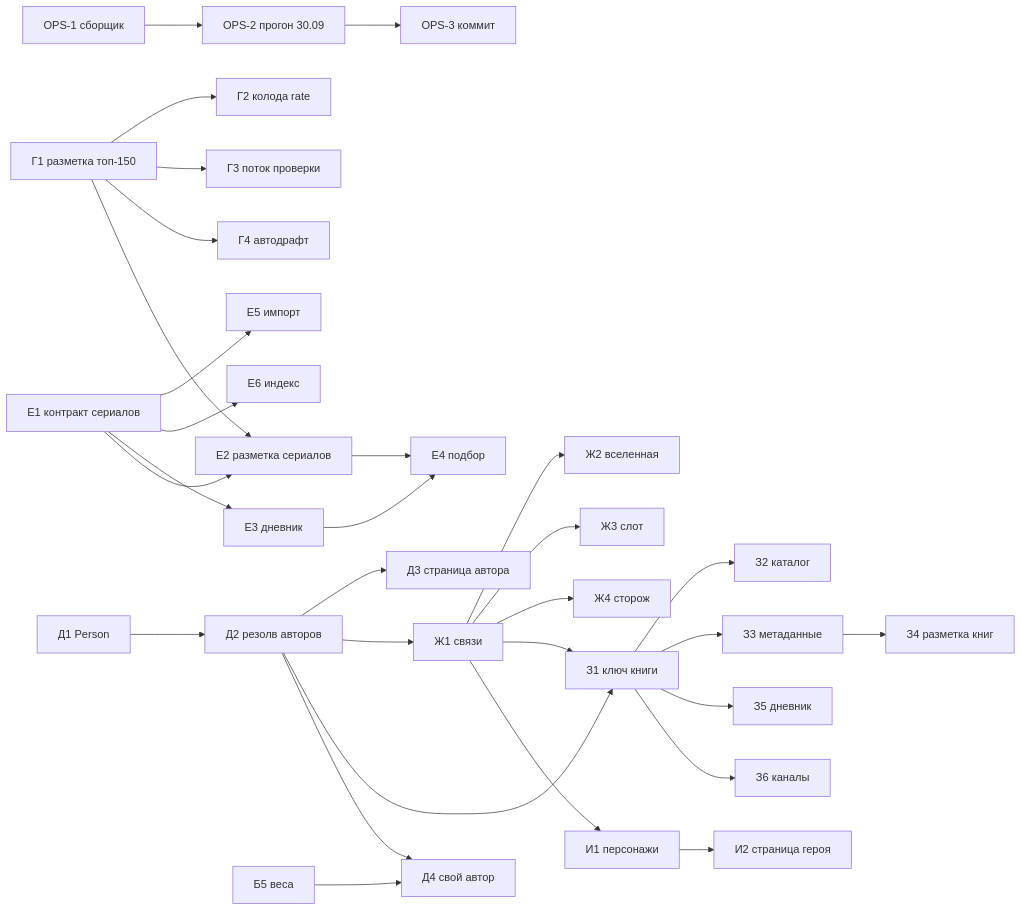
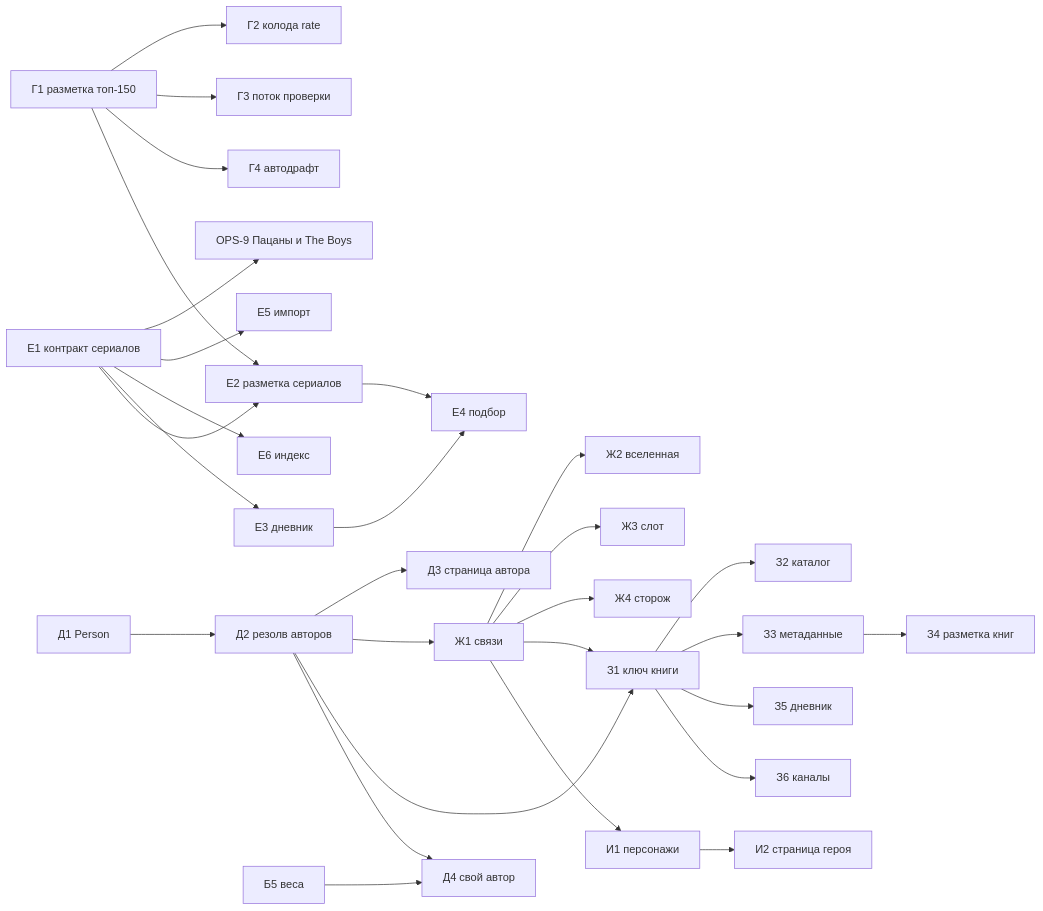
Before and after one commit to dmitry00-00/Recommend: the diagram in BACKLOG.md, drawn with Mermaid. The commit also changed other lines of this file and 3 other files, not shown here.

````diff
--- a/BACKLOG.md
+++ b/BACKLOG.md
@@ -68,14 +66,14 @@
 ```mermaid
 flowchart LR
-  OPS1[OPS-1 сборщик] --> OPS2[OPS-2 прогон 30.09] --> OPS3[OPS-3 коммит]
+  E1[Е1 контракт сериалов] --> OPS9[OPS-9 Пацаны и The Boys]
   G1[Г1 разметка топ-150] --> G2[Г2 колода rate] & G3[Г3 поток проверки] & G4[Г4 автодрафт]
   D1[Д1 Person] --> D2[Д2 резолв авторов] --> D3[Д3 страница автора]
   E1[Е1 контракт сериалов] --> E5[Е5 импорт] & E6[Е6 индекс] & E3[Е3 дневник]
   E1 & G1 --> E2[Е2 разметка сериалов]
   E2 & E3 --> E4[Е4 подбор]
   D2 --> ZH1[Ж1 связи] --> ZH2[Ж2 вселенная] & ZH3[Ж3 слот] & ZH4[Ж4 сторож]
   D2 & ZH1 --> Z1[З1 ключ книги] --> Z2[З2 каталог] & Z3[З3 метаданные] & Z5[З5 дневник] & Z6[З6 каналы]
   Z3 --> Z4[З4 разметка книг]
   ZH1 --> I1[И1 персонажи] --> I2[И2 страница героя]
   B5[Б5 веса] & D2 --> D4[Д4 свой автор]
 ```
````
